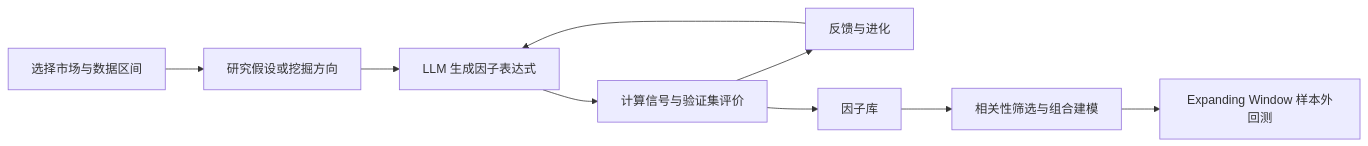
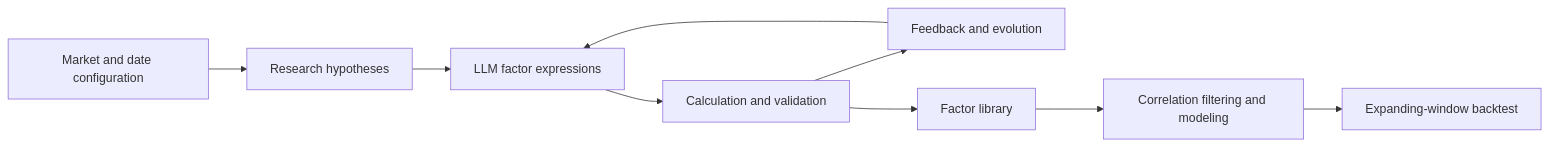
One commit to Haoyu-tech/FactorForge-LLM-Factor-generation changed the diagram in README.md. Above: the diagram before and after it, drawn with Mermaid. The commit also changed other lines of this file and 3 other files, not shown here.

````diff
--- a/README.md
+++ b/README.md
@@ -32,11 +23,11 @@
 ```mermaid
 flowchart LR
-    A[选择市场与数据区间] --> B[研究假设或挖掘方向]
-    B --> C[LLM 生成因子表达式]
-    C --> D[计算信号与验证集评价]
-    D --> E[反馈与进化]
+    A[Market and date configuration] --> B[Research hypotheses]
+    B --> C[LLM factor expressions]
+    C --> D[Calculation and validation]
+    D --> E[Feedback and evolution]
     E --> C
-    D --> F[因子库]
-    F --> G[相关性筛选与组合建模]
-    G --> H[Expanding Window 样本外回测]
+    D --> F[Factor library]
+    F --> G[Correlation filtering and modeling]
+    G --> H[Expanding-window backtest]
 ```
````
